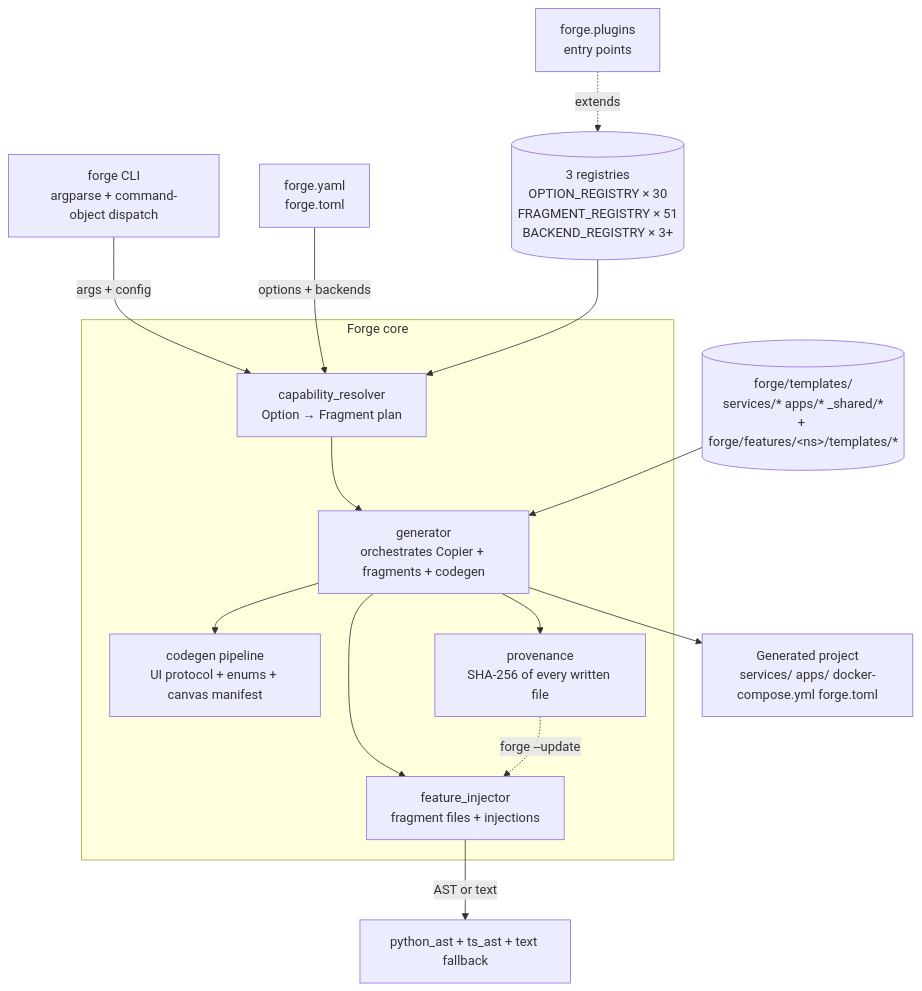
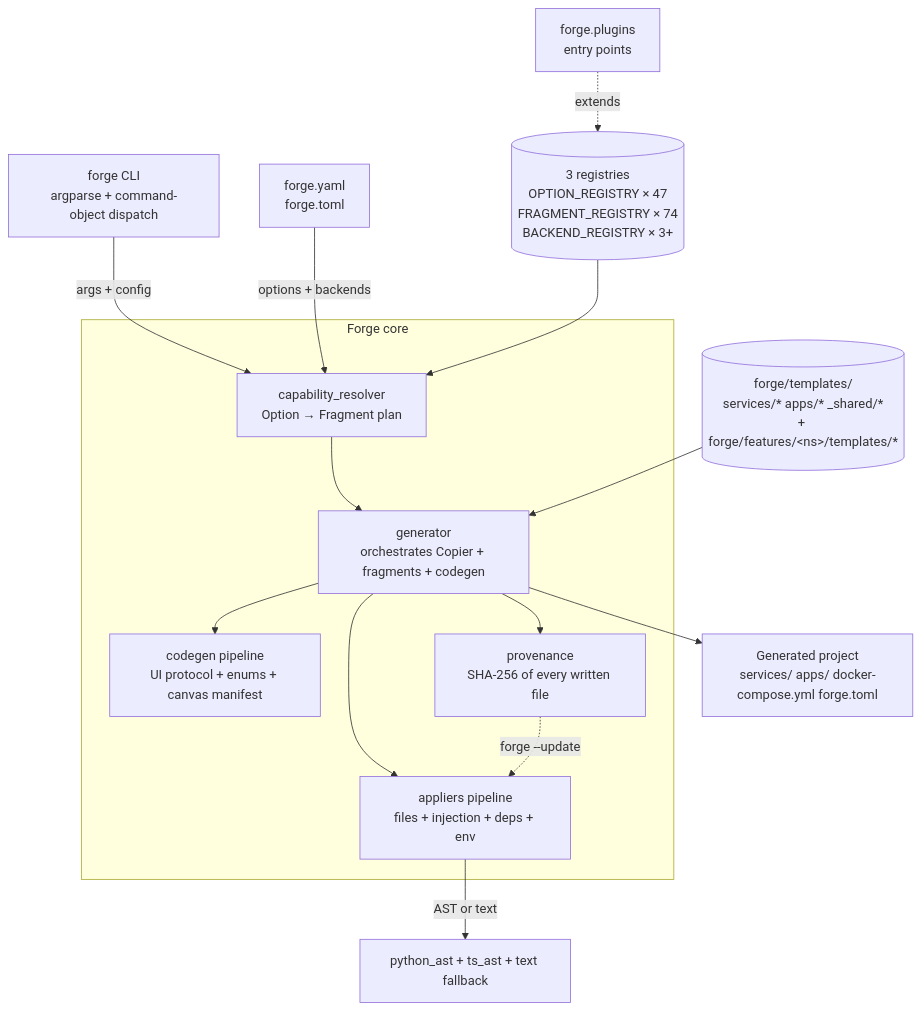
Before and after one commit to cchifor/forge: the first of 3 diagrams in docs/architecture.md, drawn with Mermaid. The commit also changed other lines of this file, not shown here.

Commit message:
docs(architecture): refresh module names + counts
The mermaid diagrams and mutation-test scope referenced the pre-Epic-A
forge/feature_injector.py module that was decomposed into the appliers
pipeline + the forge/sync/forge_to_project/updater/ package. Registry
counts in the overview diagram were stale (30/51 vs the live 47/74).

Updates the two mermaid diagrams to name "appliers pipeline" /
"appliers.pipeline" and refreshes the mutation-test scoping line to
point at the live paths (forge/appliers/*, forge/sync/{merge,
provenance}.py, forge/injectors/*, forge/sync/forge_to_project/updater/*)
with a pointer to tests/mutmut_baselines.json.

````diff
--- a/docs/architecture.md
+++ b/docs/architecture.md
@@ -7,28 +7,28 @@
 ```mermaid
 flowchart TD
     CLI[forge CLI<br/>argparse + command-object dispatch] -->|args + config| Resolver
     Config[forge.yaml<br/>forge.toml] -->|options + backends| Resolver
 
     subgraph Core[Forge core]
         Resolver[capability_resolver<br/>Option → Fragment plan]
         Generator[generator<br/>orchestrates Copier + fragments + codegen]
-        Injector[feature_injector<br/>fragment files + injections]
+        Injector[appliers pipeline<br/>files + injection + deps + env]
         Codegen[codegen pipeline<br/>UI protocol + enums + canvas manifest]
         Provenance[provenance<br/>SHA-256 of every written file]
     end
 
-    Registries[(3 registries<br/>OPTION_REGISTRY × 30<br/>FRAGMENT_REGISTRY × 51<br/>BACKEND_REGISTRY × 3+)] --> Resolver
+    Registries[(3 registries<br/>OPTION_REGISTRY × 47<br/>FRAGMENT_REGISTRY × 74<br/>BACKEND_REGISTRY × 3+)] --> Resolver
     Plugins[forge.plugins<br/>entry points] -.extends.-> Registries
 
     Resolver --> Generator
     Generator --> Injector
     Generator --> Codegen
     Generator --> Provenance
 
     Templates[(forge/templates/<br/>services/* apps/* _shared/*<br/>+ forge/features/&lt;ns&gt;/templates/*)] --> Generator
     Injector -->|AST or text| Injectors[python_ast + ts_ast + text fallback]
 
     Generator --> Output[Generated project<br/>services/ apps/ docker-compose.yml forge.toml]
 
     Provenance -.->|forge --update| Injector
 ```
````
